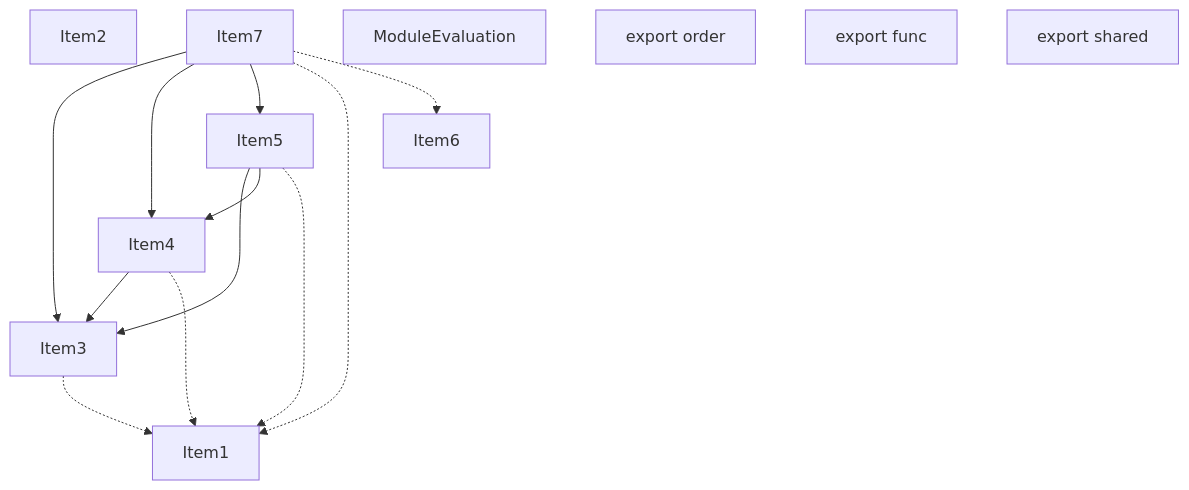
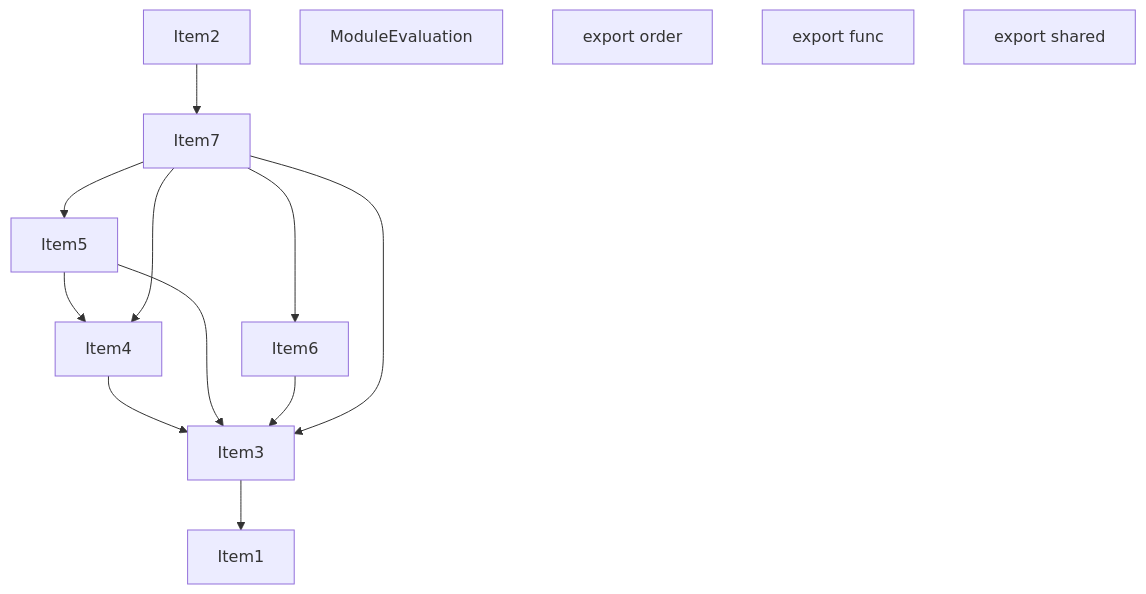
Before and after one commit to vercel/turborepo: the third of 5 diagrams in crates/turbopack-ecmascript/tests/tree-shaker/analyzer/write-order/output.md, drawn with Mermaid. The commit also changed other lines of this file and 15 other files, not shown here.

````diff
--- a/crates/turbopack-ecmascript/tests/tree-shaker/analyzer/write-order/output.md
+++ b/crates/turbopack-ecmascript/tests/tree-shaker/analyzer/write-order/output.md
@@ -135,29 +137,28 @@
 ```mermaid
 graph TD
     Item1;
     Item2;
     Item3;
     Item4;
     Item5;
     Item6;
     Item7;
     Item8;
     Item8["ModuleEvaluation"];
     Item9;
     Item9["export order"];
     Item10;
     Item10["export func"];
     Item11;
     Item11["export shared"];
-    Item3 -.-> Item1;
+    Item3 --> Item1;
     Item4 --> Item3;
-    Item4 -.-> Item1;
     Item5 --> Item3;
     Item5 --> Item4;
-    Item5 -.-> Item1;
+    Item6 --> Item3;
+    Item7 --> Item6;
     Item7 --> Item3;
     Item7 --> Item4;
     Item7 --> Item5;
-    Item7 -.-> Item1;
-    Item7 -.-> Item6;
+    Item2 --> Item7;
 ```
````
